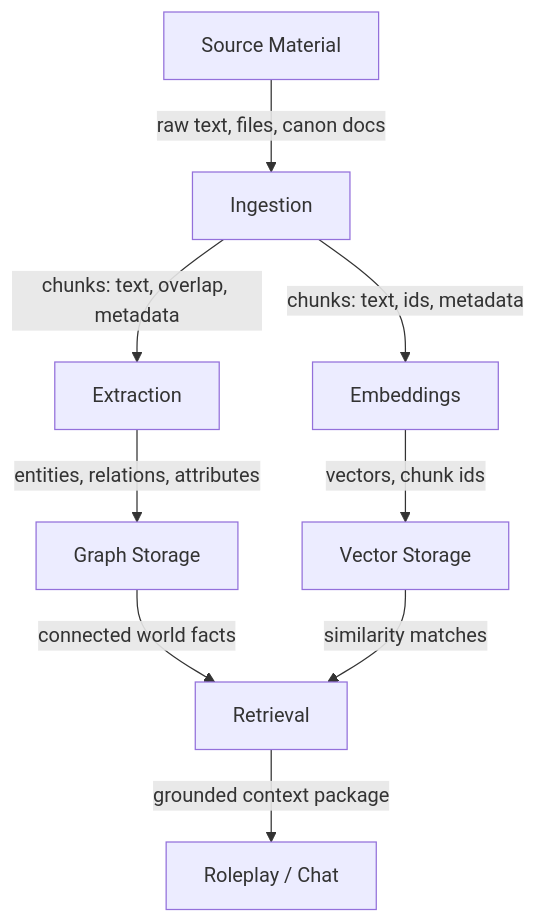
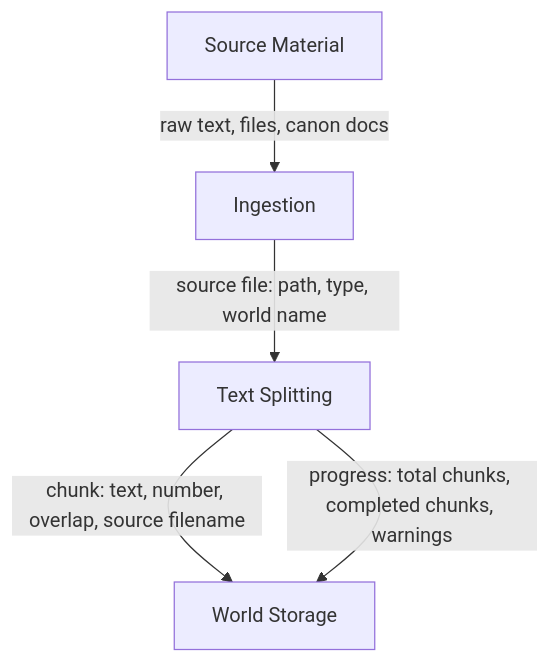
Before and after one commit to Vyce101/VySolReal: the diagram in docs/documentation/03-architecture/README.md, drawn with Mermaid. The commit also changed 17 other files, not shown here.

Commit message:
Add text splitting ingestion pipeline

````diff
--- a/docs/documentation/03-architecture/README.md
+++ b/docs/documentation/03-architecture/README.md
@@ -5,11 +5,7 @@
 ```mermaid
 flowchart TD
     A["Source Material"] -->|"raw text, files, canon docs"| B["Ingestion"]
-    B -->|"chunks: text, overlap, metadata"| C["Extraction"]
-    C -->|"entities, relations, attributes"| D["Graph Storage"]
-    B -->|"chunks: text, ids, metadata"| E["Embeddings"]
-    E -->|"vectors, chunk ids"| F["Vector Storage"]
-    D -->|"connected world facts"| G["Retrieval"]
-    F -->|"similarity matches"| G
-    G -->|"grounded context package"| H["Roleplay / Chat"]
+    B -->|"source file: path, type, world name"| I["Text Splitting"]
+    I -->|"chunk: text, number, overlap, source filename"| J["World Storage"]
+    I -->|"progress: total chunks, completed chunks, warnings"| J
 ```
````
